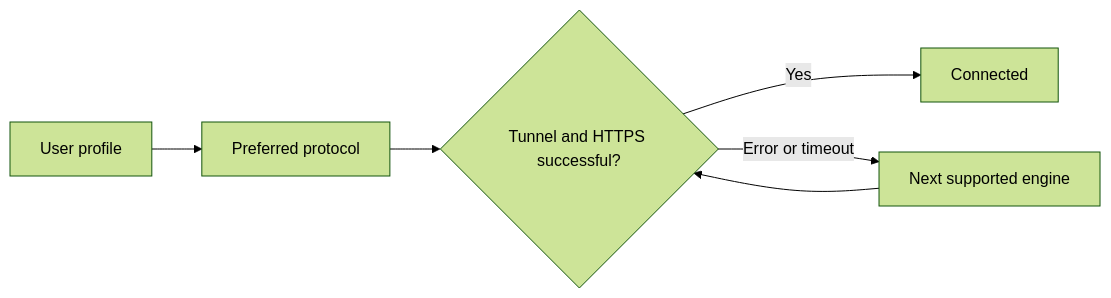
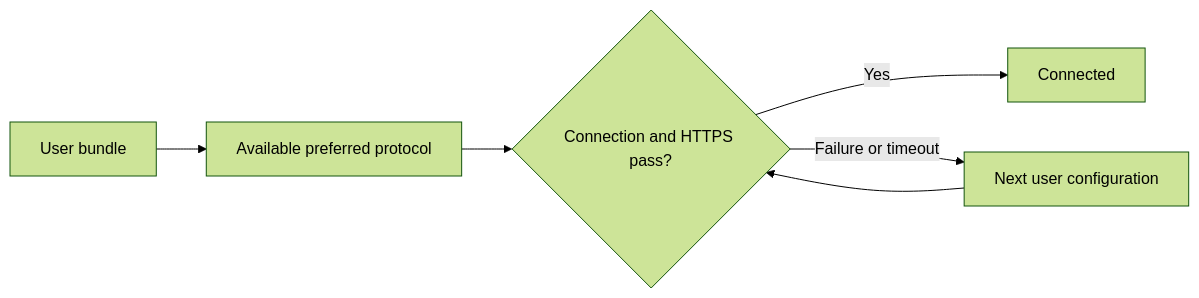
Before and after one commit to rukazax/xio_vpn: the diagram in docs/en/guide.md, drawn with Mermaid (forest theme). The commit also changed other lines of this file and 1424 other files, not shown here.

````diff
--- a/docs/en/guide.md
+++ b/docs/en/guide.md
@@ -27,8 +19,8 @@
 ```mermaid
 flowchart LR
-  A[User profile] --> B[Preferred protocol]
-  B --> C{Tunnel and HTTPS successful?}
+  A[User bundle] --> B[Available preferred protocol]
+  B --> C{Connection and HTTPS pass?}
   C -->|Yes| D[Connected]
-  C -->|Error or timeout| E[Next supported engine]
+  C -->|Failure or timeout| E[Next user configuration]
   E --> C
 ```
````
